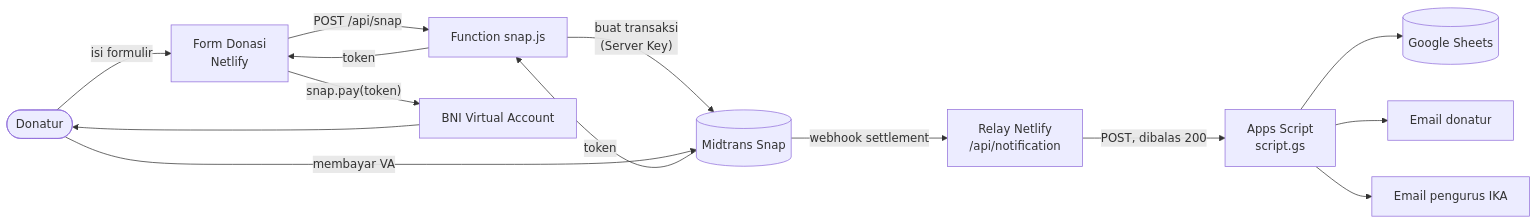
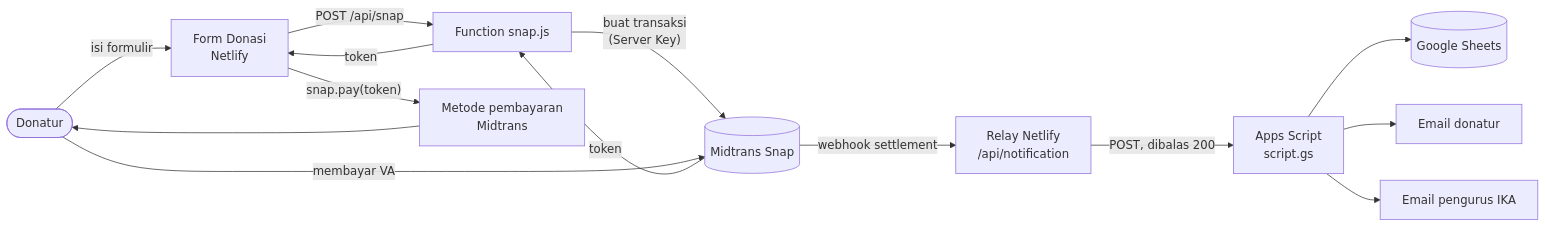
One commit to madgeer/portal-beasiswa-ika changed the first of 3 diagrams in laporan-lengkap.md. Above: the diagram before and after it, drawn with Mermaid. The commit also changed other lines of this file and 10 other files, not shown here.

````diff
--- a/laporan-lengkap.md
+++ b/laporan-lengkap.md
@@ -206,17 +207,17 @@
 ```mermaid
 flowchart LR
     D([Donatur]) -->|"isi formulir"| F["Form Donasi<br/>Netlify"]
     F -->|"POST /api/snap"| S["Function snap.js"]
     S -->|"buat transaksi<br/>(Server Key)"| M[("Midtrans Snap")]
     M -->|"token"| S
     S -->|"token"| F
-    F -->|"snap.pay(token)"| V["BNI Virtual Account"]
+    F -->|"snap.pay(token)"| V["Metode pembayaran<br/>Midtrans"]
     V --> D
     D -->|"membayar VA"| M
 
     M -->|"webhook settlement"| R["Relay Netlify<br/>/api/notification"]
     R -->|"POST, dibalas 200"| G["Apps Script<br/>script.gs"]
     G --> X[("Google Sheets")]
     G --> E1["Email donatur"]
     G --> E2["Email pengurus IKA"]
 ```
````
